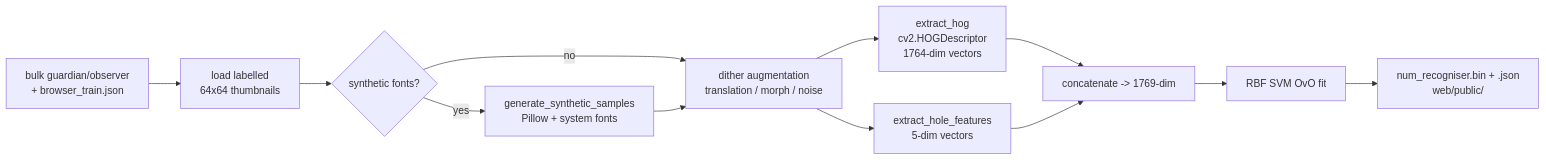
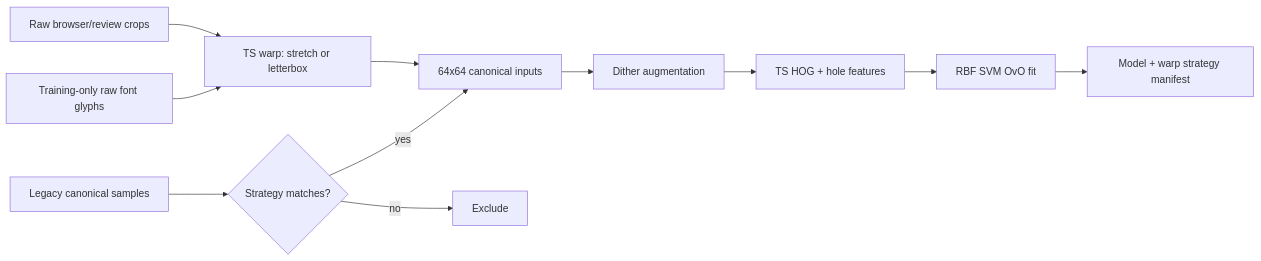
The tenth of 10 diagrams in docs/image-pipeline.md (gbarrett28/cagedoku), drawn with Mermaid before and after one commit. The commit also changed other lines of this file and 11 other files, not shown here.

Commit message:
feat: train raw crops with selectable TS warping

````diff
--- a/docs/image-pipeline.md
+++ b/docs/image-pipeline.md
@@ -605,14 +611,13 @@
 ```mermaid
 flowchart LR
-    A[bulk guardian/observer\n+ browser_train.json] --> B[load labelled\n64x64 thumbnails]
-    B --> C{synthetic fonts?}
-    C -- yes --> D[generate_synthetic_samples\nPillow + system fonts]
-    C -- no --> E[dither augmentation\ntranslation / morph / noise]
-    D --> E
-    E --> F[extract_hog\ncv2.HOGDescriptor\n1764-dim vectors]
-    E --> G[extract_hole_features\n5-dim vectors]
-    F --> H[concatenate -> 1769-dim]
-    G --> H
-    H --> I[RBF SVM OvO fit]
-    I --> J[num_recogniser.bin + .json\nweb/public/]
+    A["Raw browser/review crops"] --> D["TS warp: stretch or letterbox"]
+    B["Legacy canonical samples"] --> E{"Strategy matches?"}
+    C["Training-only raw font glyphs"] --> D
+    D --> F["64x64 canonical inputs"]
+    E -- yes --> F
+    E -- no --> X["Exclude"]
+    F --> G["Dither augmentation"]
+    G --> H["TS HOG + hole features"]
+    H --> I["RBF SVM OvO fit"]
+    I --> J["Model + warp strategy manifest"]
 ```
````
